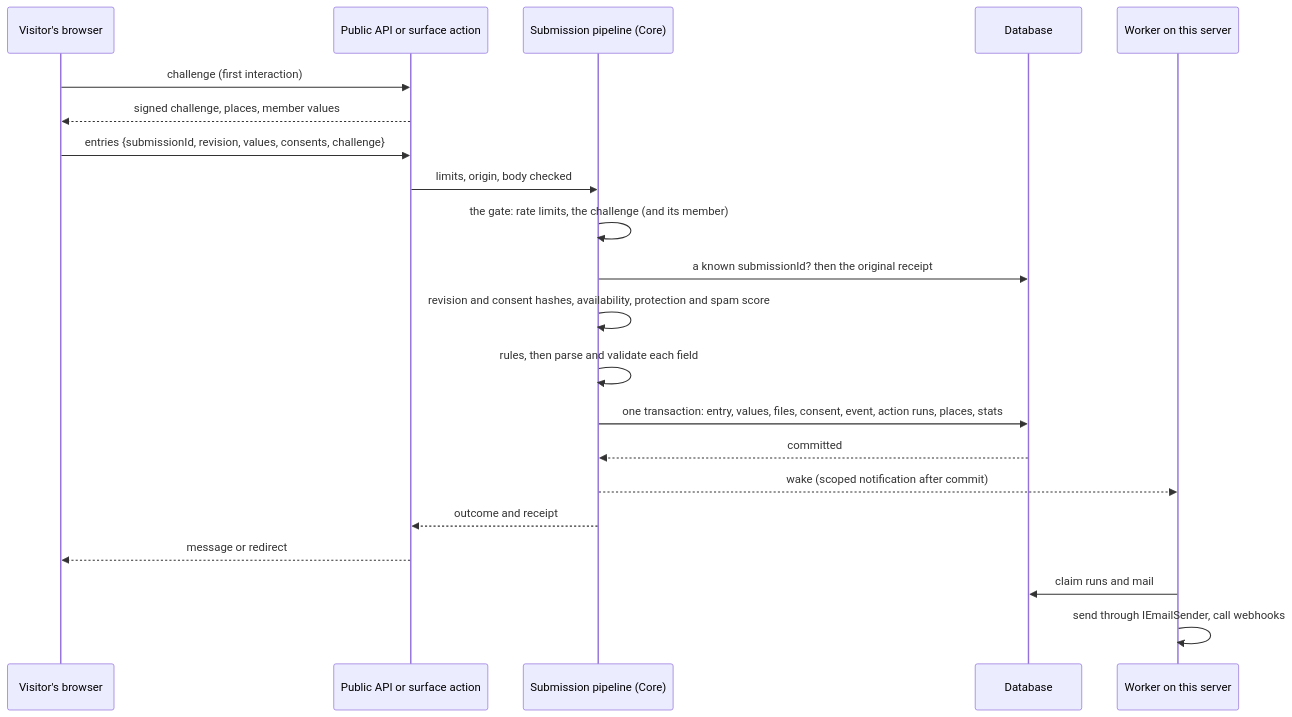
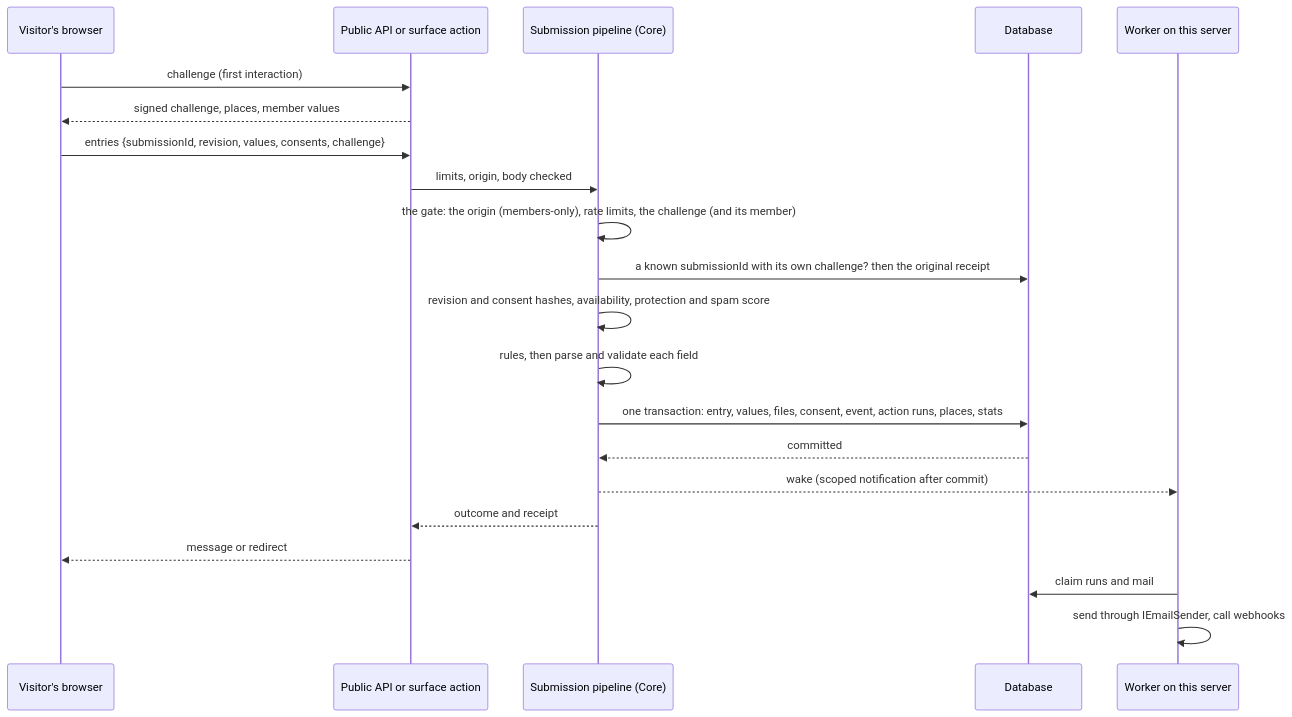
Before and after one commit to Jiron/Jiron.Umbraco.FormBuilder: the third of 3 diagrams in docs/architecture.md, drawn with Mermaid. The commit also changed 3 other files, not shown here.

````diff
--- a/docs/architecture.md
+++ b/docs/architecture.md
@@ -311,23 +311,23 @@
 ```mermaid
 sequenceDiagram
   participant V as Visitor's browser
   participant P as Public API or surface action
   participant S as Submission pipeline (Core)
   participant D as Database
   participant W as Worker on this server
   V->>P: challenge (first interaction)
   P-->>V: signed challenge, places, member values
   V->>P: entries {submissionId, revision, values, consents, challenge}
   P->>S: limits, origin, body checked
-  S->>S: the gate: rate limits, the challenge (and its member)
-  S->>D: a known submissionId? then the original receipt
+  S->>S: the gate: the origin (members-only), rate limits, the challenge (and its member)
+  S->>D: a known submissionId with its own challenge? then the original receipt
   S->>S: revision and consent hashes, availability, protection and spam score
   S->>S: rules, then parse and validate each field
   S->>D: one transaction: entry, values, files, consent, event, action runs, places, stats
   D-->>S: committed
   S-->>W: wake (scoped notification after commit)
   S-->>P: outcome and receipt
   P-->>V: message or redirect
   W->>D: claim runs and mail
   W->>W: send through IEmailSender, call webhooks
 ```
````
